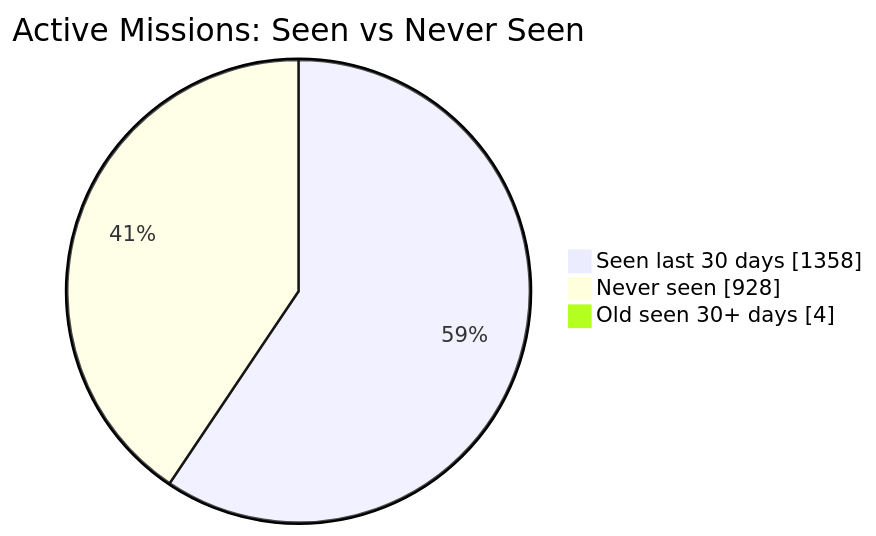
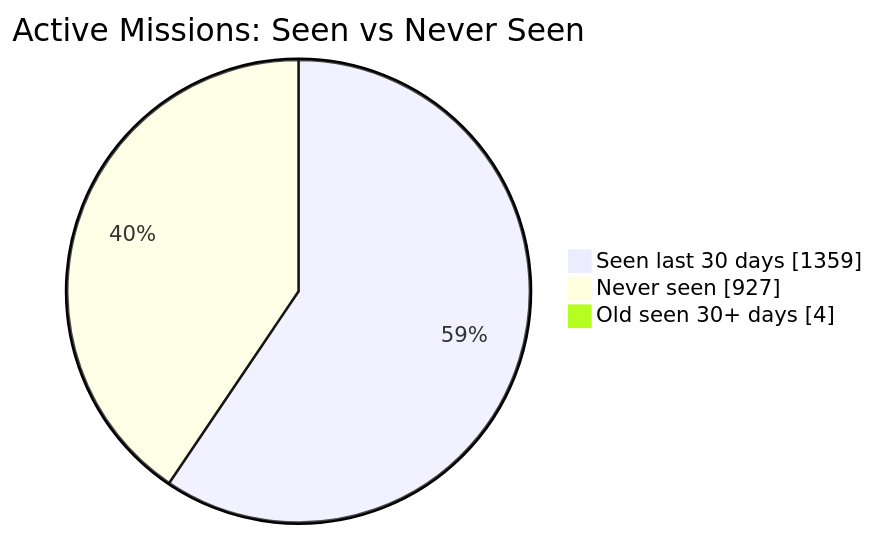
One commit to MeldkamerspelGameTeam/active-missions changed the first of 2 diagrams in README.md. Above: the diagram before and after it, drawn with Mermaid. The commit also changed other lines of this file and 2 other files, not shown here.

````diff
--- a/README.md
+++ b/README.md
@@ -34,7 +34,7 @@
 ```mermaid
 pie showData
     title Active Missions: Seen vs Never Seen
-    "Seen last 30 days" : 1358
-    "Never seen" : 928
+    "Seen last 30 days" : 1359
+    "Never seen" : 927
     "Old seen 30+ days" : 4
 ```
````
